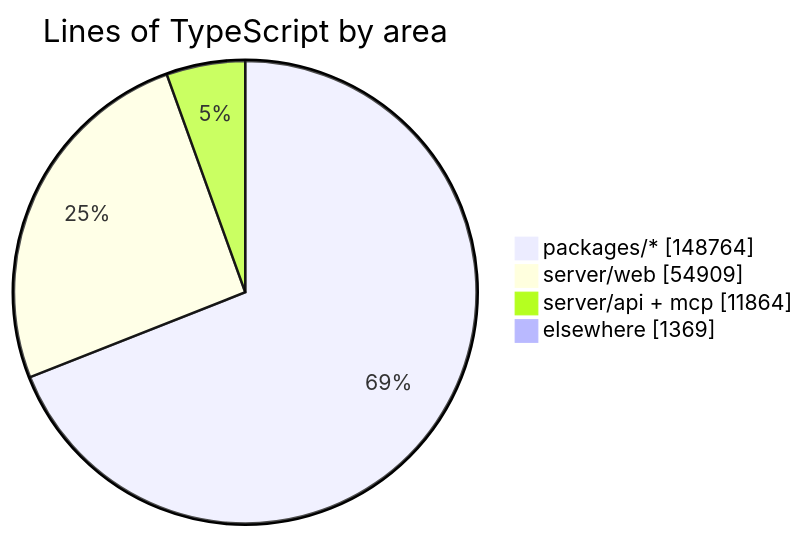
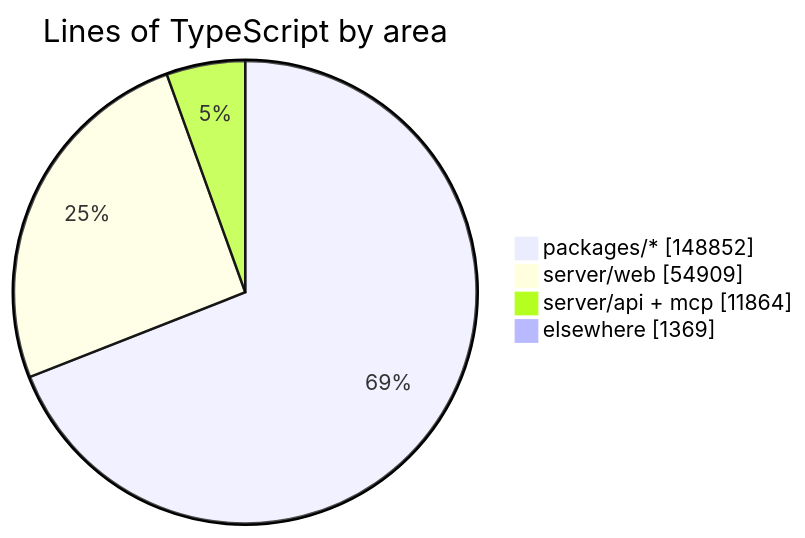
Before and after one commit to crossworks-engineering/mantle: the diagram in README.md, drawn with Mermaid. The commit also changed other lines of this file and 2 other files, not shown here.

````diff
--- a/README.md
+++ b/README.md
@@ -279,7 +279,7 @@
 ```mermaid
 pie showData title Lines of TypeScript by area
-    "packages/*" : 148764
+    "packages/*" : 148852
     "server/web" : 54909
     "server/api + mcp" : 11864
     "elsewhere" : 1369
 ```
````
